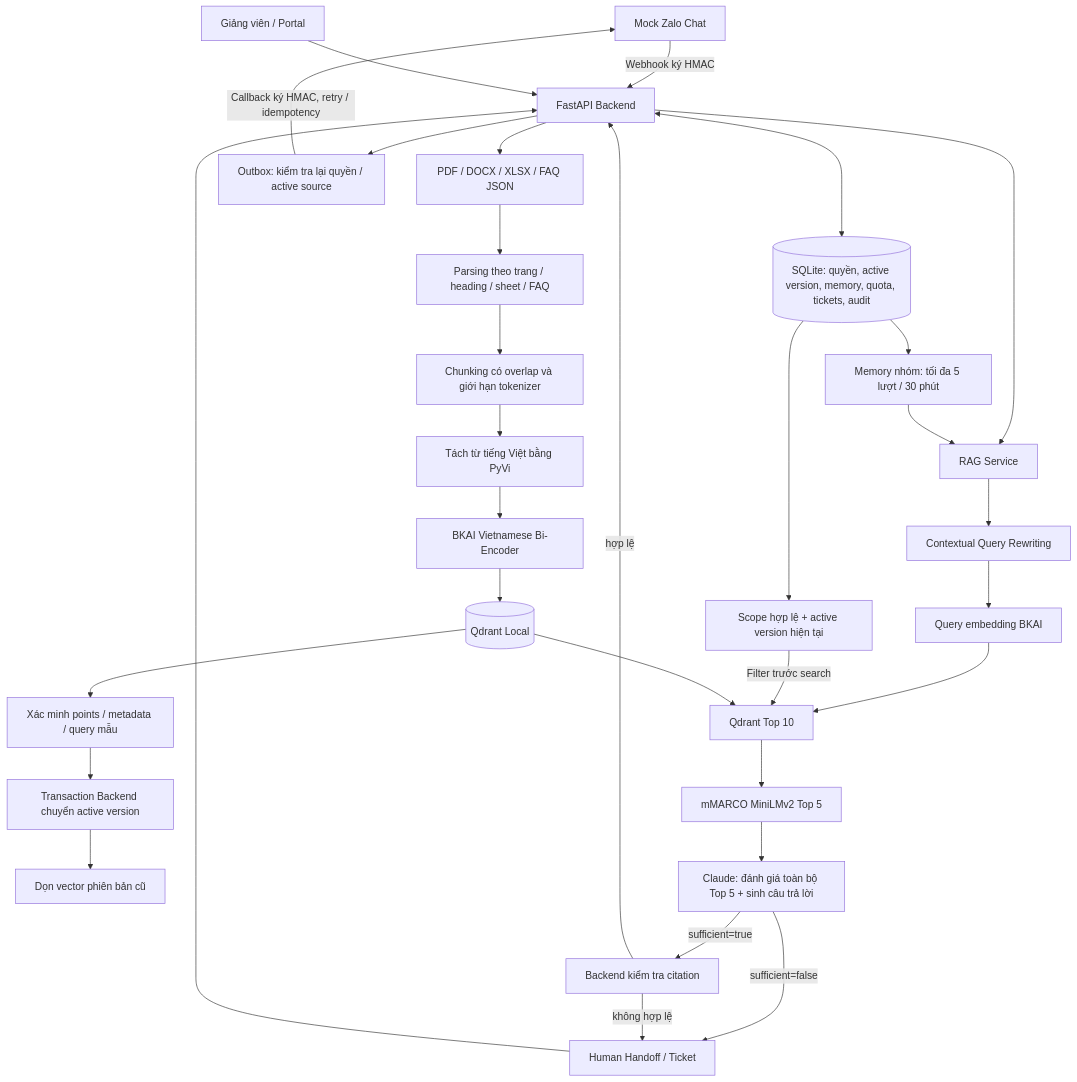
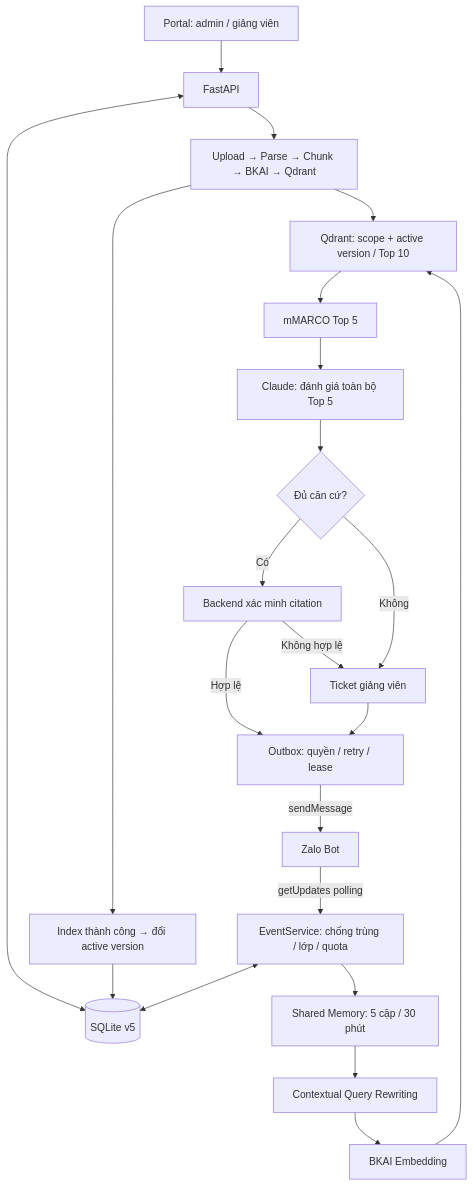
Before and after one commit to hoanglongvbhp0703-sys/AI-TEACHING-ASSISTANT: the diagram in docs/architecture/10-rag-implementation.md, drawn with Mermaid. The commit also changed other lines of this file and 20 other files, not shown here.

Commit message:
Đồng bộ kiến trúc, schema và hợp đồng API

````diff
--- a/docs/architecture/10-rag-implementation.md
+++ b/docs/architecture/10-rag-implementation.md
@@ -5,33 +3,24 @@
 ```mermaid
 flowchart TD
-    Z[Mock Zalo Chat] -->|Webhook ký HMAC| B[FastAPI Backend]
-    T[Giảng viên / Portal] --> B
-    B <--> DB[(SQLite: quyền, active version, memory, quota, tickets, audit)]
-    B --> I[PDF / DOCX / XLSX / FAQ JSON]
-    I --> P[Parsing theo trang / heading / sheet / FAQ]
-    P --> CH[Chunking có overlap và giới hạn tokenizer]
-    CH --> SEG[Tách từ tiếng Việt bằng PyVi]
-    SEG --> EMB[BKAI Vietnamese Bi-Encoder]
-    EMB --> V[(Qdrant Local)]
-    V --> VERIFY[Xác minh points / metadata / query mẫu]
-    VERIFY --> ACT[Transaction Backend chuyển active version]
-    ACT --> CLEAN[Dọn vector phiên bản cũ]
-    B --> A[RAG Service]
-    DB --> M[Memory nhóm: tối đa 5 lượt / 30 phút]
-    M --> A
-    A --> RW[Contextual Query Rewriting]
-    RW --> Q[Query embedding BKAI]
-    DB --> ACL[Scope hợp lệ + active version hiện tại]
-    Q --> RET[Qdrant Top 10]
-    ACL -->|Filter trước search| RET
-    V --> RET
-    RET --> RR[mMARCO MiniLMv2 Top 5]
-    RR --> L[Claude: đánh giá toàn bộ Top 5 + sinh câu trả lời]
-    L -->|sufficient=false| H[Human Handoff / Ticket]
-    L -->|sufficient=true| CV[Backend kiểm tra citation]
-    CV -->|không hợp lệ| H
-    CV -->|hợp lệ| B
-    H --> B
-    B --> OUT[Outbox: kiểm tra lại quyền / active source]
-    OUT -->|Callback ký HMAC, retry / idempotency| Z
+    P[Portal: admin / giảng viên] --> B[FastAPI]
+    Z[Zalo Bot] -->|getUpdates polling| E[EventService: chống trùng / lớp / quota]
+    B <--> DB[(SQLite v5)]
+    E <--> DB
+    B --> I[Upload → Parse → Chunk → BKAI → Qdrant]
+    I --> A[Index thành công → đổi active version]
+    A --> DB
+    E --> M[Shared Memory: 5 cặp / 30 phút]
+    M --> Q[Contextual Query Rewriting]
+    Q --> V[BKAI Embedding]
+    V --> R[Qdrant: scope + active version / Top 10]
+    I --> R
+    R --> RR[mMARCO Top 5]
+    RR --> L[Claude: đánh giá toàn bộ Top 5]
+    L --> G{Đủ căn cứ?}
+    G -->|Có| C[Backend xác minh citation]
+    G -->|Không| T[Ticket giảng viên]
+    C -->|Hợp lệ| O[Outbox: quyền / retry / lease]
+    C -->|Không hợp lệ| T
+    T --> O
+    O -->|sendMessage| Z
 ```
````
